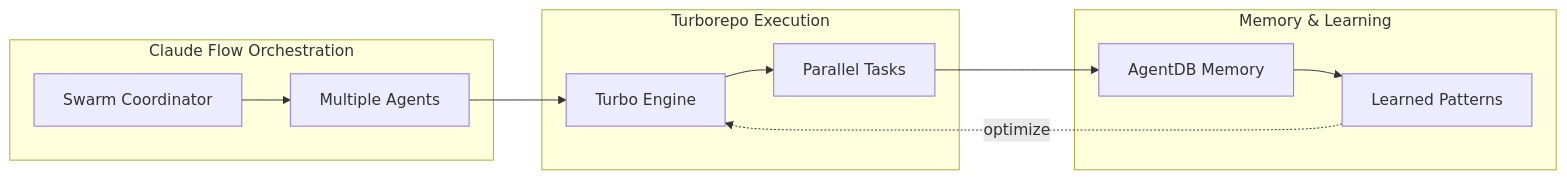
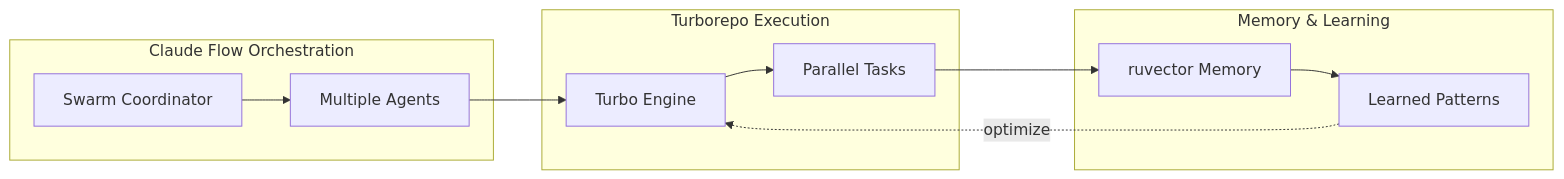
One commit to ellisapotheosis/Project-Nyra changed diagram 11 of 12 in docs/architecture/turborepo-architecture.md. Above: the diagram before and after it, drawn with Mermaid. The commit also changed other lines of this file and 992 other files, not shown here.

````diff
--- a/docs/architecture/turborepo-architecture.md
+++ b/docs/architecture/turborepo-architecture.md
@@ -392,24 +392,24 @@
 ```mermaid
 graph LR
     subgraph "Claude Flow Orchestration"
         swarm[Swarm Coordinator]
         agents[Multiple Agents]
     end
 
     subgraph "Turborepo Execution"
         turbo[Turbo Engine]
         tasks[Parallel Tasks]
     end
 
     subgraph "Memory & Learning"
-        memory[AgentDB Memory]
+        memory[ruvector Memory]
         patterns[Learned Patterns]
     end
 
     swarm --> agents
     agents --> turbo
     turbo --> tasks
     tasks --> memory
     memory --> patterns
     patterns -.->|optimize| turbo
 ```
````
